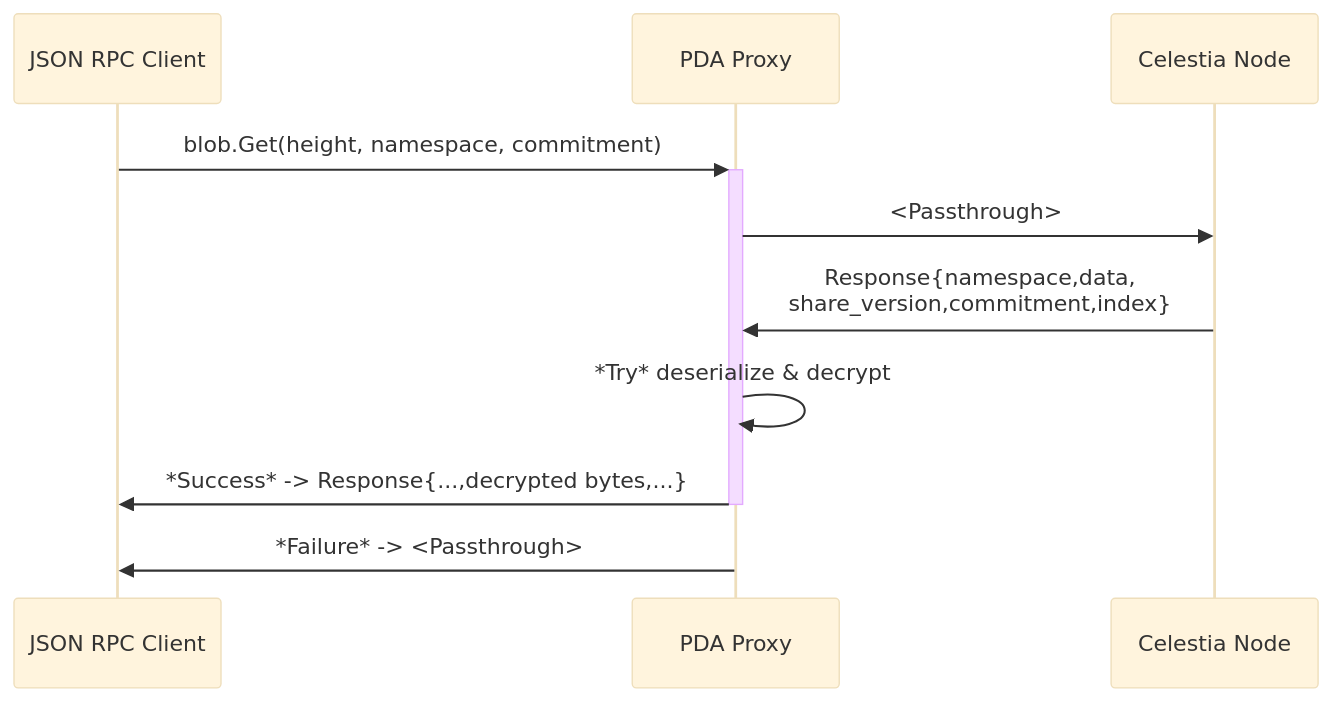
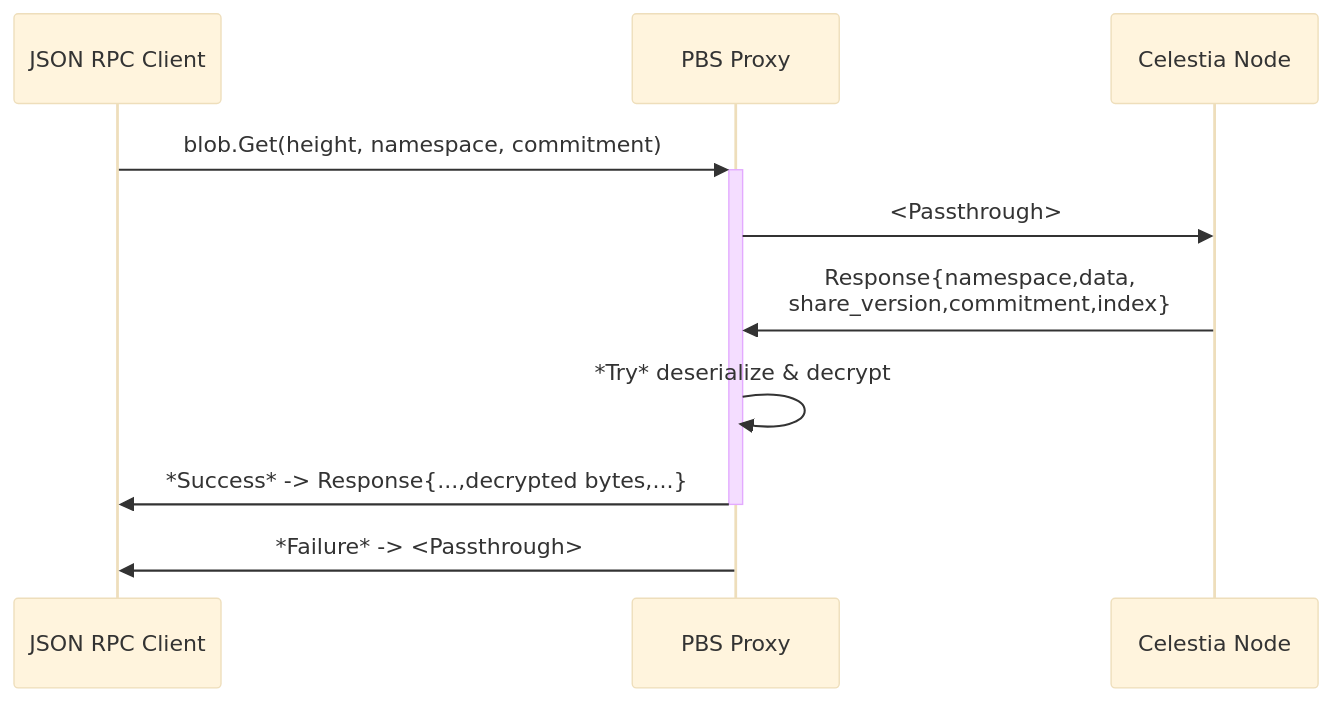
Before and after one commit to celestiaorg/private-blockspace-proxy: the second of 3 diagrams in README.md, drawn with Mermaid (base theme). The commit also changed other lines of this file and 15 other files, not shown here.

````diff
--- a/README.md
+++ b/README.md
@@ -96,13 +83,13 @@
 ```mermaid
 sequenceDiagram
     participant JSON RPC Client
-    participant PDA Proxy
+    participant PBS Proxy
     participant Celestia Node
 
-    JSON RPC Client->>+PDA Proxy: blob.Get(height, namespace, commitment)
-    PDA Proxy->>Celestia Node: <Passthrough>
-    Celestia Node->>PDA Proxy: Response{namespace,data,<br>share_version,commitment,index}
-    PDA Proxy->>PDA Proxy: *Try* deserialize & decrypt
-    PDA Proxy->>-JSON RPC Client: *Success* -> Response{...,decrypted bytes,...}
-    PDA Proxy->>JSON RPC Client: *Failure* -> <Passthrough>
+    JSON RPC Client->>+PBS Proxy: blob.Get(height, namespace, commitment)
+    PBS Proxy->>Celestia Node: <Passthrough>
+    Celestia Node->>PBS Proxy: Response{namespace,data,<br>share_version,commitment,index}
+    PBS Proxy->>PBS Proxy: *Try* deserialize & decrypt
+    PBS Proxy->>-JSON RPC Client: *Success* -> Response{...,decrypted bytes,...}
+    PBS Proxy->>JSON RPC Client: *Failure* -> <Passthrough>
 ```
````
